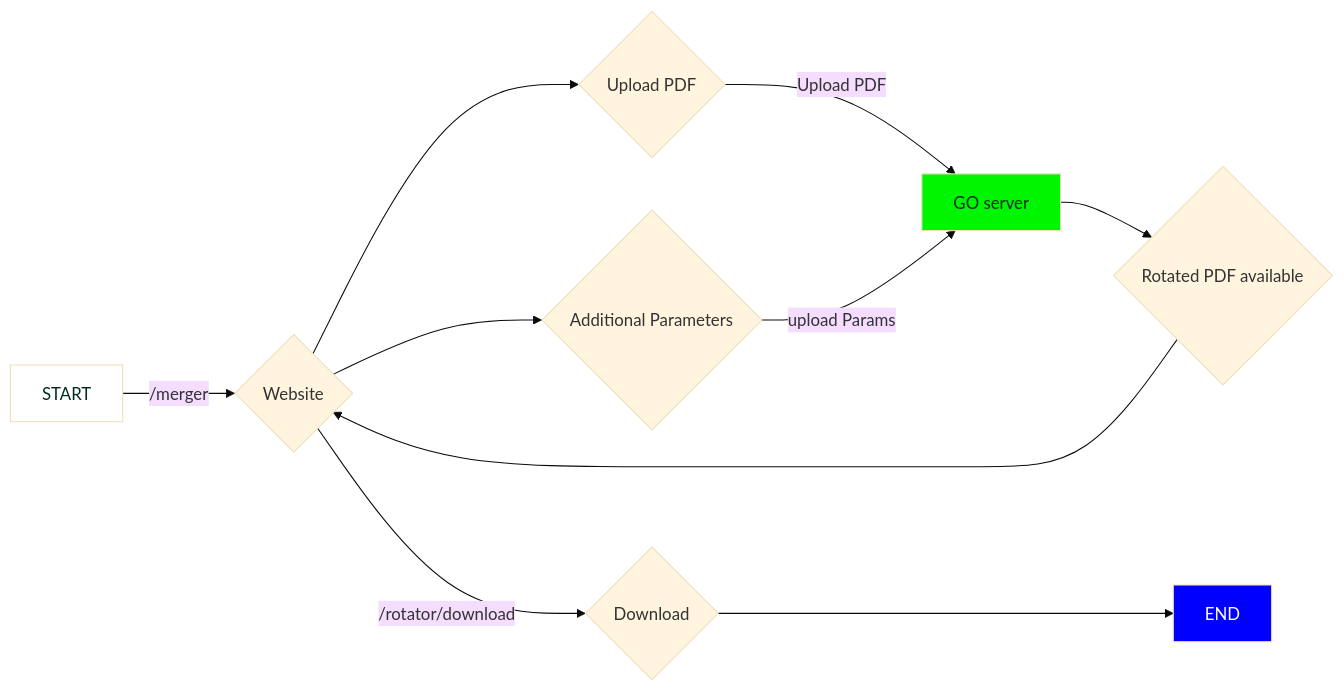
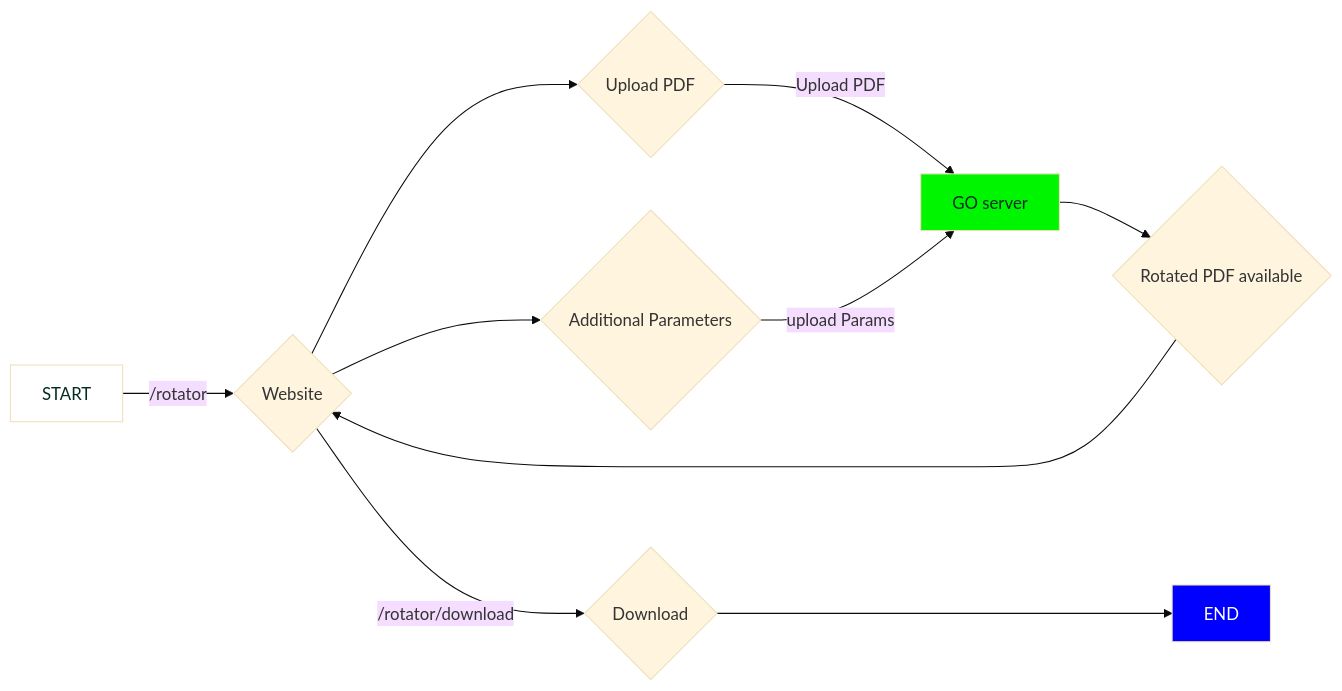
The second of 2 diagrams in README.md (dipankardas011/PDF-Editor), drawn with Mermaid (base theme) before and after one commit.

````diff
--- a/README.md
+++ b/README.md
@@ -161,21 +161,21 @@
 ```mermaid
 flowchart LR;
-    XX[START]:::white--/merger-->web{Website};
+    XX[START]:::white--/rotator-->web{Website};
     web{Website}-->B{Upload PDF};
     web{Website}-->C{Additional Parameters};
     DD{Download Link}-->web{Website};
 
     classDef green color:#022e1f,fill:#00f500;
     classDef red color:#022e1f,fill:#f11111;
     classDef white color:#022e1f,fill:#fff;
     classDef black color:#fff,fill:#000;
     classDef BLUE color:#fff,fill:#00f;
 
     B--Upload PDF-->S[GO Server]:::green;
     C--upload Params-->S[GO Server]:::green;
 
     S[GO server]-->DD{Rotated PDF available}
     web--/rotator/download-->dd{Download};
     dd--->YY[END]:::BLUE;
 
 ```
````
